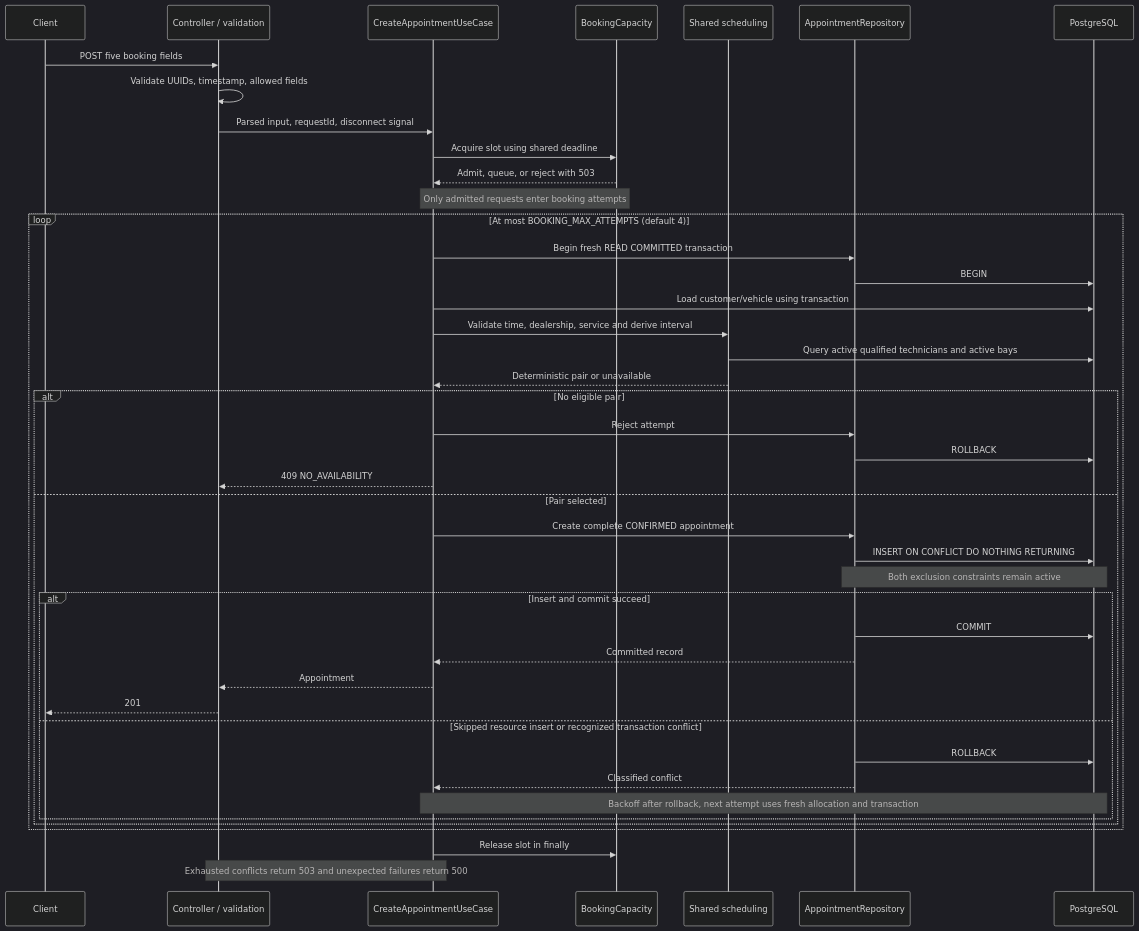
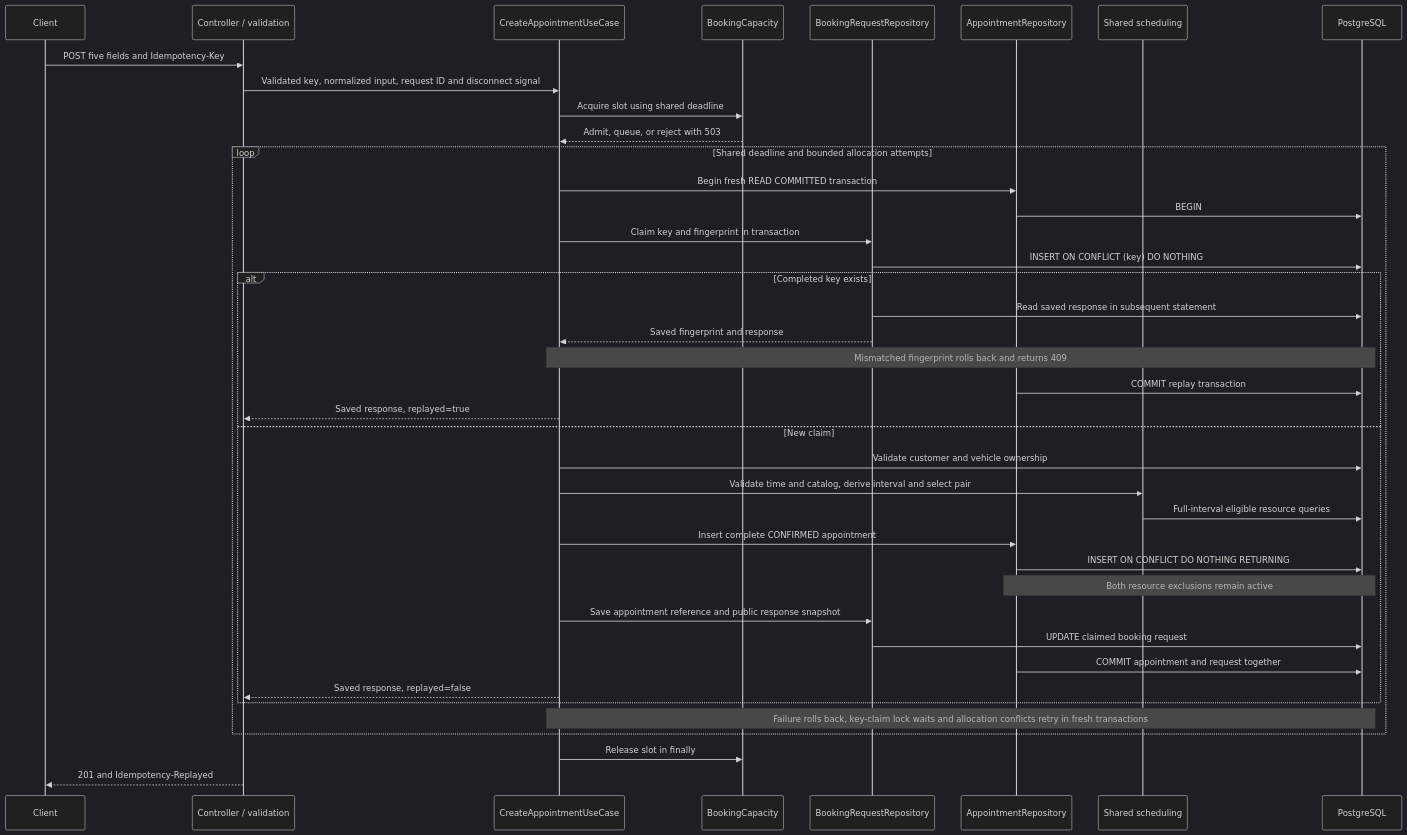
The third of 3 diagrams in docs/SYSTEM_DESIGN.md (kiettle/keyloop-service-scheduler), drawn with Mermaid (dark theme) before and after one commit. The commit also changed other lines of this file and 32 other files, not shown here.

Commit message:
feat: add durable booking idempotency

````diff
--- a/docs/SYSTEM_DESIGN.md
+++ b/docs/SYSTEM_DESIGN.md
@@ -121,45 +129,42 @@
 ```mermaid
 sequenceDiagram
   participant C as Client
   participant H as Controller / validation
   participant U as CreateAppointmentUseCase
   participant A as BookingCapacity
+  participant Q as BookingRequestRepository
+  participant R as AppointmentRepository
   participant S as Shared scheduling
-  participant R as AppointmentRepository
   participant DB as PostgreSQL
-  C->>H: POST five booking fields
-  H->>H: Validate UUIDs, timestamp, allowed fields
-  H->>U: Parsed input, requestId, disconnect signal
+  C->>H: POST five fields and Idempotency-Key
+  H->>U: Validated key, normalized input, request ID and disconnect signal
   U->>A: Acquire slot using shared deadline
   A-->>U: Admit, queue, or reject with 503
-  Note over U,A: Only admitted requests enter booking attempts
-  loop At most BOOKING_MAX_ATTEMPTS (default 4)
+  loop Shared deadline and bounded allocation attempts
     U->>R: Begin fresh READ COMMITTED transaction
     R->>DB: BEGIN
-    U->>DB: Load customer/vehicle using transaction
-    U->>S: Validate time, dealership, service and derive interval
-    S->>DB: Query active qualified technicians and active bays
-    S-->>U: Deterministic pair or unavailable
-    alt No eligible pair
-      U->>R: Reject attempt
-      R->>DB: ROLLBACK
-      U-->>H: 409 NO_AVAILABILITY
-    else Pair selected
-      U->>R: Create complete CONFIRMED appointment
+    U->>Q: Claim key and fingerprint in transaction
+    Q->>DB: INSERT ON CONFLICT (key) DO NOTHING
+    alt Completed key exists
+      Q->>DB: Read saved response in subsequent statement
+      Q-->>U: Saved fingerprint and response
+      Note over U,DB: Mismatched fingerprint rolls back and returns 409
+      R->>DB: COMMIT replay transaction
+      U-->>H: Saved response, replayed=true
+    else New claim
+      U->>DB: Validate customer and vehicle ownership
+      U->>S: Validate time and catalog, derive interval and select pair
+      S->>DB: Full-interval eligible resource queries
+      U->>R: Insert complete CONFIRMED appointment
       R->>DB: INSERT ON CONFLICT DO NOTHING RETURNING
-      Note over R,DB: Both exclusion constraints remain active
-      alt Insert and commit succeed
-        R->>DB: COMMIT
-        R-->>U: Committed record
-        U-->>H: Appointment
-        H-->>C: 201
-      else Skipped resource insert or recognized transaction conflict
-        R->>DB: ROLLBACK
-        R-->>U: Classified conflict
-        Note over U,DB: Backoff after rollback, next attempt uses fresh allocation and transaction
-      end
+      Note over R,DB: Both resource exclusions remain active
+      U->>Q: Save appointment reference and public response snapshot
+      Q->>DB: UPDATE claimed booking request
+      R->>DB: COMMIT appointment and request together
+      U-->>H: Saved response, replayed=false
     end
+    Note over U,DB: Failure rolls back, key-claim lock waits and allocation conflicts retry in fresh transactions
   end
   U->>A: Release slot in finally
-  Note over U,H: Exhausted conflicts return 503 and unexpected failures return 500
+  H-->>C: 201 and Idempotency-Replayed
 ```
````
